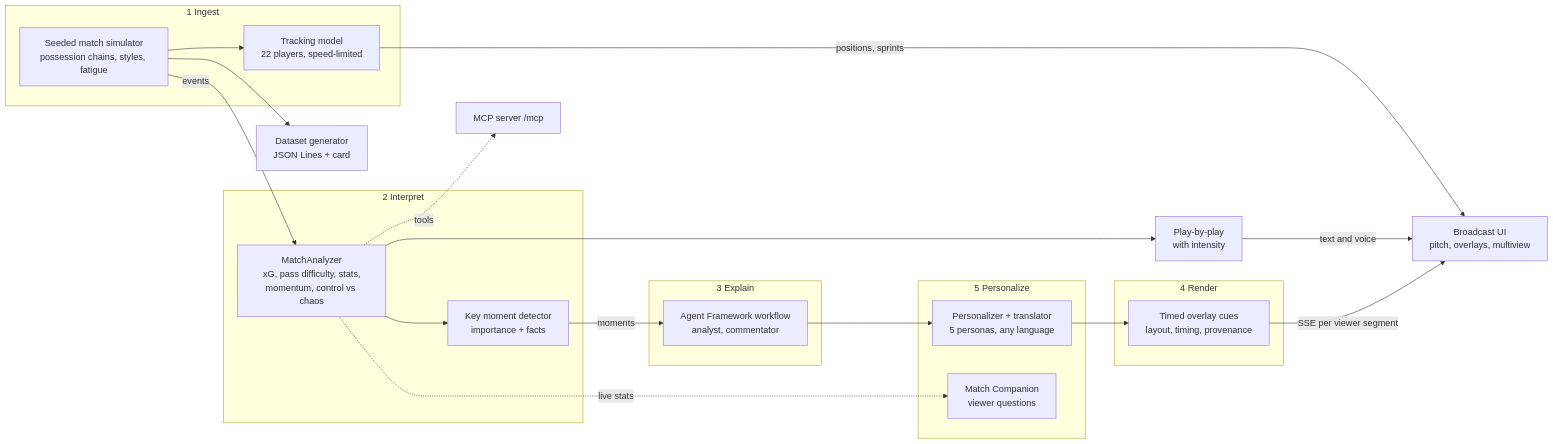
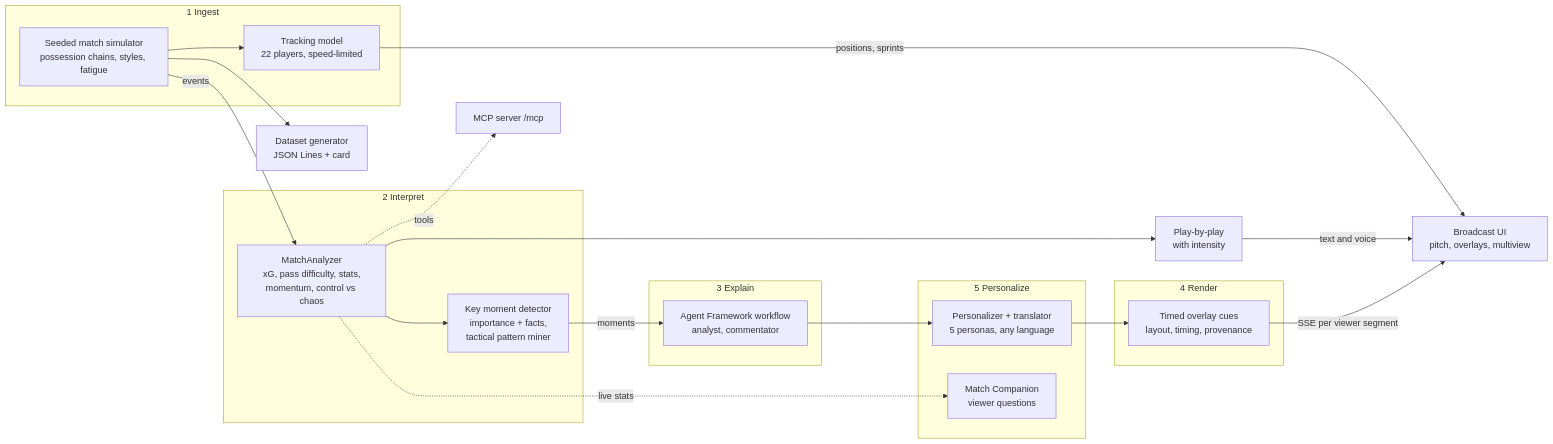
The first of 4 diagrams in docs/ARCHITECTURE.md (UttyWotty/insidethegame-microsoft-hackathon), drawn with Mermaid before and after one commit. The commit also changed other lines of this file and 63 other files, not shown here.

````diff
--- a/docs/ARCHITECTURE.md
+++ b/docs/ARCHITECTURE.md
@@ -11,28 +11,28 @@
 ```mermaid
 flowchart LR
     subgraph S1[1 Ingest]
         SIM[Seeded match simulator<br/>possession chains, styles, fatigue]
         TR[Tracking model<br/>22 players, speed-limited]
     end
     subgraph S2[2 Interpret]
         AN[MatchAnalyzer<br/>xG, pass difficulty, stats,<br/>momentum, control vs chaos]
-        KM[Key moment detector<br/>importance + facts]
+        KM[Key moment detector<br/>importance + facts,<br/>tactical pattern miner]
     end
     subgraph S3[3 Explain]
         WF[Agent Framework workflow<br/>analyst, commentator]
     end
     subgraph S4[4 Render]
         CUE[Timed overlay cues<br/>layout, timing, provenance]
     end
     subgraph S5[5 Personalize]
         PER[Personalizer + translator<br/>5 personas, any language]
         QA[Match Companion<br/>viewer questions]
     end
     SIM -->|events| AN --> KM -->|moments| WF --> PER --> CUE
     SIM --> TR -->|positions, sprints| UI
     AN --> PBP[Play-by-play<br/>with intensity] -->|text and voice| UI
     AN -. live stats .-> QA
     CUE -->|SSE per viewer segment| UI[Broadcast UI<br/>pitch, overlays, multiview]
     AN -. tools .-> MCP[MCP server /mcp]
     SIM --> DS[Dataset generator<br/>JSON Lines + card]
 ```
````
